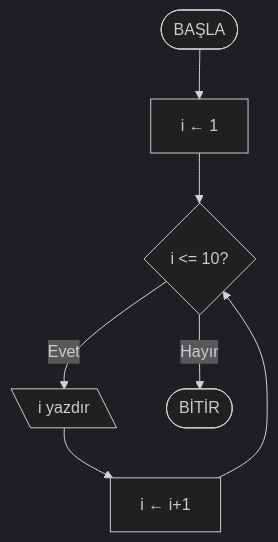
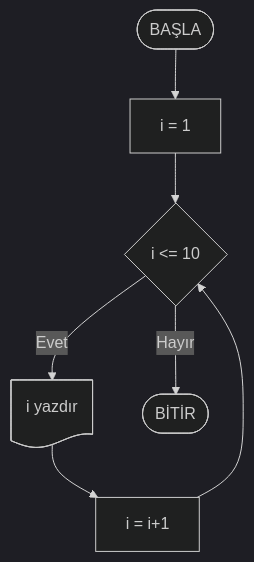
One commit to ibrahimayaz/Algoritma-ve-Programlamaya-Giris-2025 changed the second of 5 diagrams in Hafta03/ders_icerik.md. Above: the diagram before and after it, drawn with Mermaid (dark theme). The commit also changed other lines of this file, not shown here.

````diff
--- a/Hafta03/ders_icerik.md
+++ b/Hafta03/ders_icerik.md
@@ -477,7 +392,7 @@
 ```mermaid
 flowchart TD
-  start([BAŞLA]) --> init[i ← 1]
-  init --> loop{i <= 10?}
-  loop -- Evet --> print[\i yazdır\] --> inc[i ← i+1] --> loop
+  start([BAŞLA]) --> init[i = 1]
+  init --> loop{i <= 10}
+  loop -- Evet --> print@{ shape: doc, label: "i yazdır" } --> inc[i = i+1] --> loop
   loop -- Hayır --> endNode([BİTİR])
 ```
````
